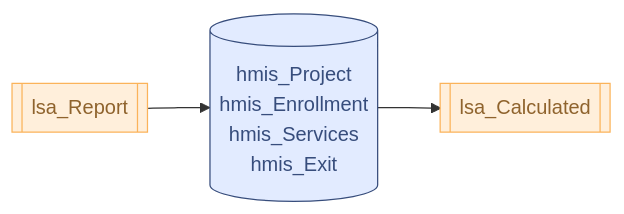
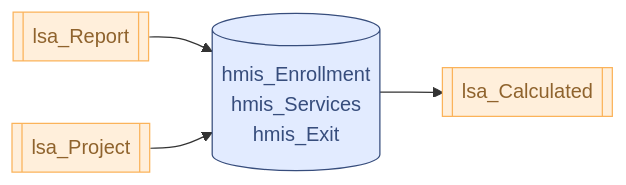
One commit to HMIS/LSASampleCode changed diagram 19 of 19 in docs/10 - LSACalculated Data Quality Counts.md. Above: the diagram before and after it, drawn with Mermaid. The commit also changed other lines of this file and 4 other files, not shown here.

````diff
--- a/docs/10 - LSACalculated Data Quality Counts.md
+++ b/docs/10 - LSACalculated Data Quality Counts.md
@@ -510,19 +510,19 @@
 ``` mermaid
 flowchart LR 
 
-    L1[[lsa_Report]] -->
-    H1[(hmis_Project
-    hmis_Enrollment
+    L1[[lsa_Report]] & L3[[lsa_Project]] -->
+    H1[(hmis_Enrollment
     hmis_Services
     hmis_Exit)] -->
 	L2[[lsa_Calculated]]
 
     L1:::LSA
     L2:::LSA
+    L3:::LSA
     H1:::HMIS
 
     classDef Temp stroke:#FF5978, fill:#FFDFE5, color:#8E2236
 	classDef LSA stroke:#FBB35A, fill:#FFEFDB, color:#8F632D 
 	classDef HMIS stroke:#374D7C, fill:#E2EBFF, color:#374D7C
 	classDef Box stroke:#999, fill:none, color:#FFFFFF 
 ```
````
